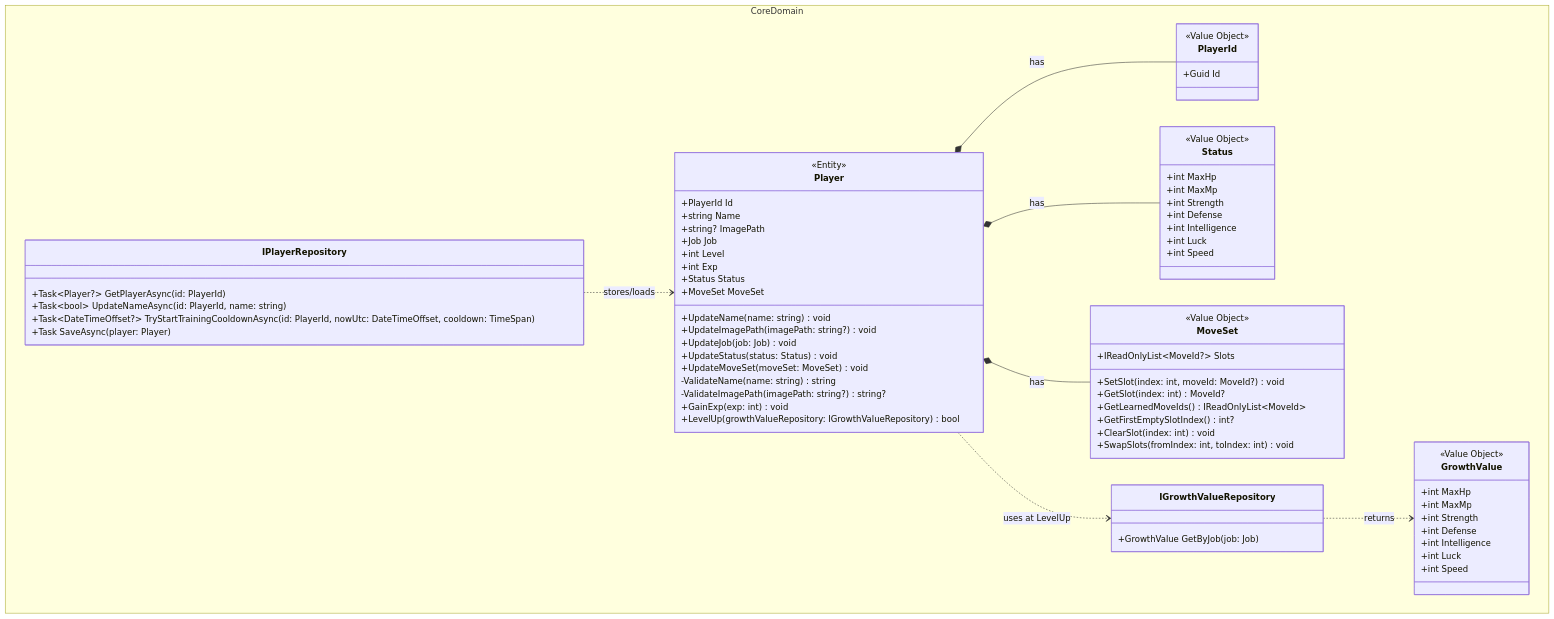
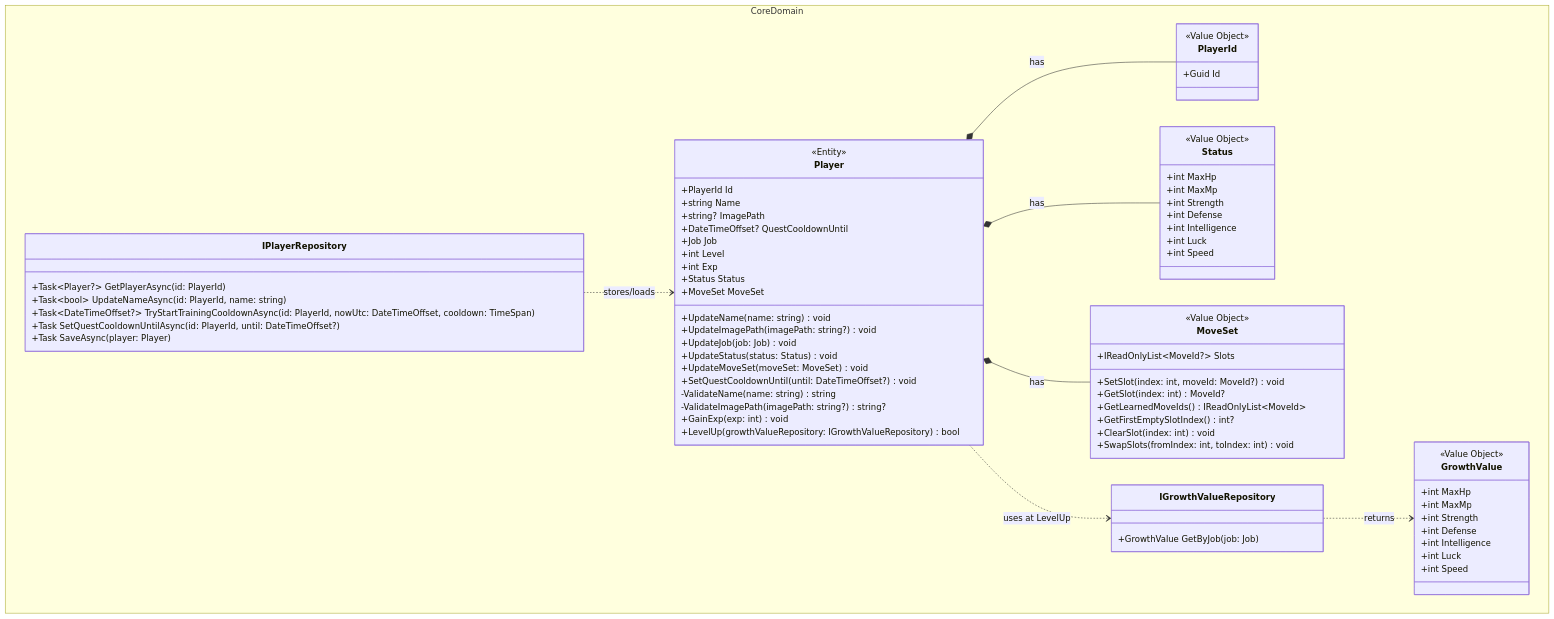
The diagram in docs/MMD01_CoreDomain.mmd (ayumu203/nisekue), drawn with Mermaid before and after one commit. The commit also changed 2 other files, not shown here.

```diff
--- a/docs/MMD01_CoreDomain.mmd
+++ b/docs/MMD01_CoreDomain.mmd
@@ -1,81 +1,84 @@
 classDiagram
     %% Enum 定義は docs/MMD21_Enum.mmd を参照
     namespace CoreDomain {
         %% Player の基本情報
         class Player {
             <<Entity>>
             +PlayerId Id
             +string Name
             +string? ImagePath
+            +DateTimeOffset? QuestCooldownUntil
             +Job Job
             +int Level
             +int Exp
             +Status Status
             +MoveSet MoveSet
             +UpdateName(name: string) void
             +UpdateImagePath(imagePath: string?) void
             +UpdateJob(job: Job) void
             +UpdateStatus(status: Status) void
             +UpdateMoveSet(moveSet: MoveSet) void
+            +SetQuestCooldownUntil(until: DateTimeOffset?) void
             -ValidateName(name: string) string
             -ValidateImagePath(imagePath: string?) string?
             +GainExp(exp: int) void
             +LevelUp(growthValueRepository: IGrowthValueRepository) bool
         }
 
         class PlayerId {
             <<Value Object>>
             +Guid Id
         }
 
         class Status {
             <<Value Object>>
             +int MaxHp
             +int MaxMp
             +int Strength
             +int Defense
             +int Intelligence
             +int Luck
             +int Speed
         }
 
         class GrowthValue {
             <<Value Object>>
             +int MaxHp
             +int MaxMp
             +int Strength
             +int Defense
             +int Intelligence
             +int Luck
             +int Speed
         }
 
         class MoveSet {
             <<Value Object>>
             +IReadOnlyList~MoveId?~ Slots
             +SetSlot(index: int, moveId: MoveId?) void
             +GetSlot(index: int) MoveId?
             +GetLearnedMoveIds() IReadOnlyList~MoveId~
             +GetFirstEmptySlotIndex() int?
             +ClearSlot(index: int) void
             +SwapSlots(fromIndex: int, toIndex: int) void
         }
 
         class IPlayerRepository {
             +Task~Player?~ GetPlayerAsync(id: PlayerId)
             +Task~bool~ UpdateNameAsync(id: PlayerId, name: string)
             +Task~DateTimeOffset?~ TryStartTrainingCooldownAsync(id: PlayerId, nowUtc: DateTimeOffset, cooldown: TimeSpan)
+            +Task SetQuestCooldownUntilAsync(id: PlayerId, until: DateTimeOffset?)
             +Task SaveAsync(player: Player)
         }
 
         class IGrowthValueRepository {
             +GrowthValue GetByJob(job: Job)
         }
     }
 
     Player *-- PlayerId : has
     Player *-- Status : has
     Player *-- MoveSet : has
     Player ..> IGrowthValueRepository : uses at LevelUp
     IGrowthValueRepository ..> GrowthValue : returns
     IPlayerRepository ..> Player : stores/loads
```
